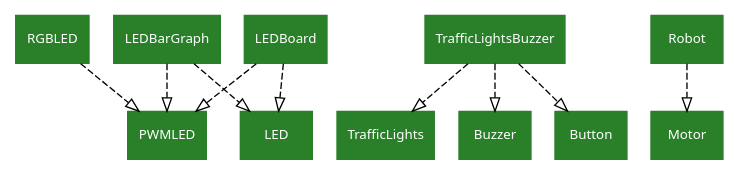
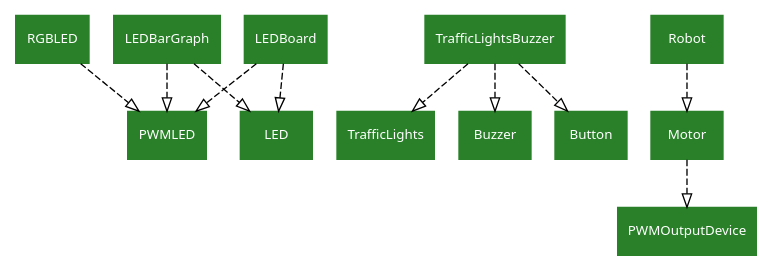
One commit to gpiozero/gpiozero changed the diagram in docs/images/composed_devices.dot. Above: the diagram before and after it, drawn with Graphviz.

Commit message:
Docs update - Motor is composed of two PWMOutputDevices

```diff
--- a/docs/images/composed_devices.dot
+++ b/docs/images/composed_devices.dot
@@ -1,19 +1,20 @@
 /* vim: set et sw=4 sts=4: */
 
 digraph classes {
     graph [rankdir=TB];
     node [shape=rect, style=filled, color="#298029", fontname=Sans, fontcolor="#ffffff", fontsize=10];
     edge [arrowhead=onormal, style=dashed];
 
     RGBLED->PWMLED;
     LEDBoard->LED;
     LEDBoard->PWMLED;
     LEDBarGraph->LED;
     LEDBarGraph->PWMLED;
 
     TrafficLightsBuzzer->TrafficLights;
     TrafficLightsBuzzer->Buzzer;
     TrafficLightsBuzzer->Button;
 
     Robot->Motor;
+    Motor->PWMOutputDevice;
 }
```
